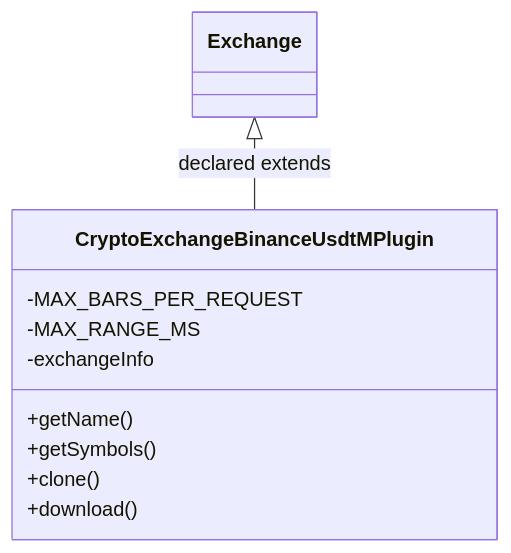
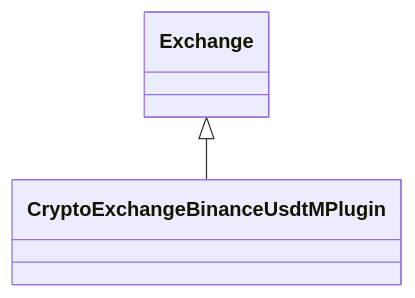
Before and after one commit to haruperi/HaruQuantAI: the diagram in docs/sqx/DataManager/CryptoExchangeBinanceUsdtM.md, drawn with Mermaid. The commit also changed other lines of this file and 1688 other files, not shown here.

````diff
--- a/docs/sqx/DataManager/CryptoExchangeBinanceUsdtM.md
+++ b/docs/sqx/DataManager/CryptoExchangeBinanceUsdtM.md
@@ -30,14 +26,6 @@
 ```mermaid
 classDiagram
-    class C3aecb4aac47c["CryptoExchangeBinanceUsdtMPlugin"] {
-        -MAX_BARS_PER_REQUEST
-        -MAX_RANGE_MS
-        -exchangeInfo
-        +getName()
-        +getSymbols()
-        +clone()
-        +download()
-    }
-    class Cdc5bf0b36300["Exchange"]
-    Cdc5bf0b36300 <|-- C3aecb4aac47c : declared extends
+    class C0["CryptoExchangeBinanceUsdtMPlugin"]
+    class E0["Exchange"]
+    E0 <|-- C0
 ```
````
